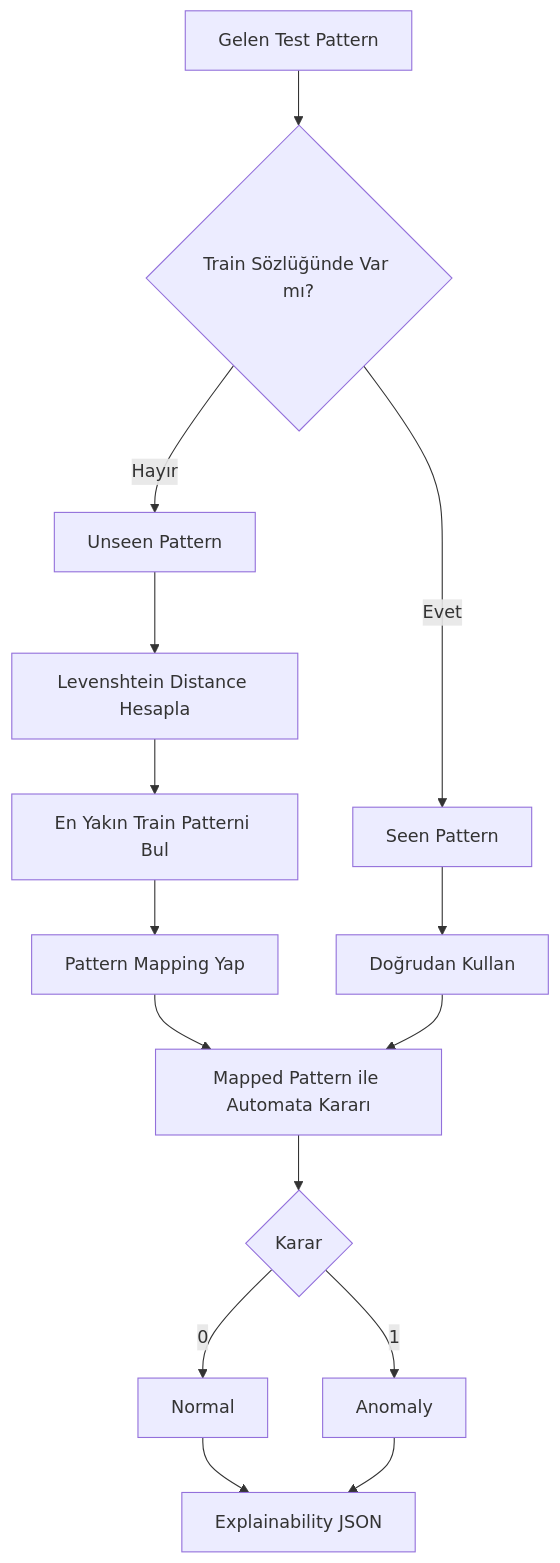
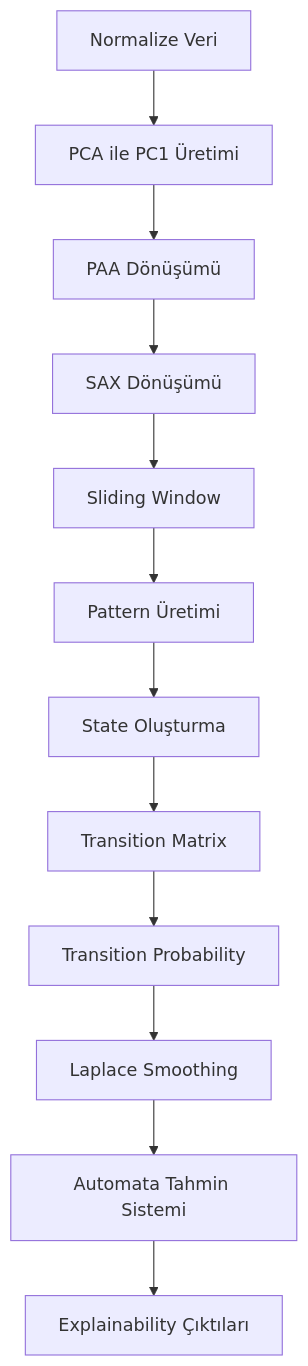
One commit to senaycengiz/yazlab2-aciklanabilir-zaman-serisi-analizi changed the first of 2 diagrams in README.md. Above: the diagram before and after it, drawn with Mermaid. The commit also changed other lines of this file, not shown here.

````diff
--- a/README.md
+++ b/README.md
@@ -1940,25 +308,20 @@
 ```mermaid
 flowchart TD
 
-A[Gelen Test Pattern]
---> B{Train Sözlüğünde Var mı?}
+A[Normalize Veri]
+--> B[PCA ile PC1 Üretimi]
 
-B -->|Evet| C[Seen Pattern]
-C --> D[Doğrudan Kullan]
+B --> C[PAA Dönüşümü]
+C --> D[SAX Dönüşümü]
+D --> E[Sliding Window]
 
-B -->|Hayır| E[Unseen Pattern]
-E --> F[Levenshtein Distance Hesapla]
-F --> G[En Yakın Train Patterni Bul]
-G --> H[Pattern Mapping Yap]
+E --> F[Pattern Üretimi]
+F --> G[State Oluşturma]
+G --> H[Transition Matrix]
 
-H --> I[Mapped Pattern ile Automata Kararı]
-D --> I
+H --> I[Transition Probability]
+I --> J[Laplace Smoothing]
 
-I --> J{Karar}
-
-J -->|0| K[Normal]
-J -->|1| L[Anomaly]
-
-K --> M[Explainability JSON]
-L --> M
+J --> K[Automata Tahmin Sistemi]
+K --> L[Explainability Çıktıları]
 ```
````
